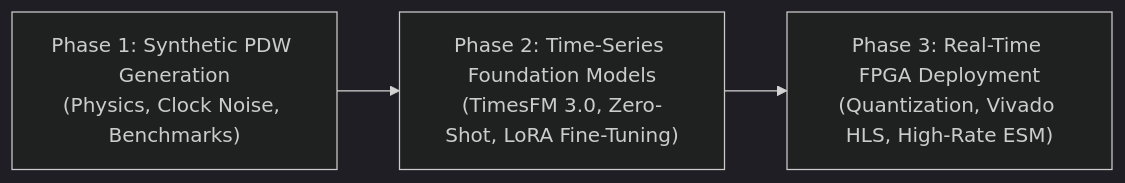
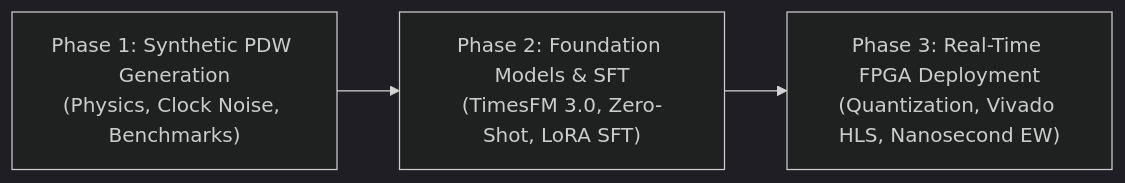
The third of 3 diagrams in README.md (bbartucebeci/Bitirme), drawn with Mermaid (dark theme) before and after one commit. The commit also changed other lines of this file and 75 other files, not shown here.

````diff
--- a/README.md
+++ b/README.md
@@ -392,5 +568,5 @@
 ```mermaid
 flowchart LR
-    P1["Phase 1: Synthetic PDW Generation<br/>(Physics, Clock Noise, Benchmarks)"] --> P2["Phase 2: Time-Series Foundation Models<br/>(TimesFM 3.0, Zero-Shot, LoRA Fine-Tuning)"]
-    P2 --> P3["Phase 3: Real-Time FPGA Deployment<br/>(Quantization, Vivado HLS, High-Rate ESM)"]
+    P1["Phase 1: Synthetic PDW Generation<br/>(Physics, Clock Noise, Benchmarks)"] --> P2["Phase 2: Foundation Models & SFT<br/>(TimesFM 3.0, Zero-Shot, LoRA SFT)"]
+    P2 --> P3["Phase 3: Real-Time FPGA Deployment<br/>(Quantization, Vivado HLS, Nanosecond EW)"]
 ```
````
